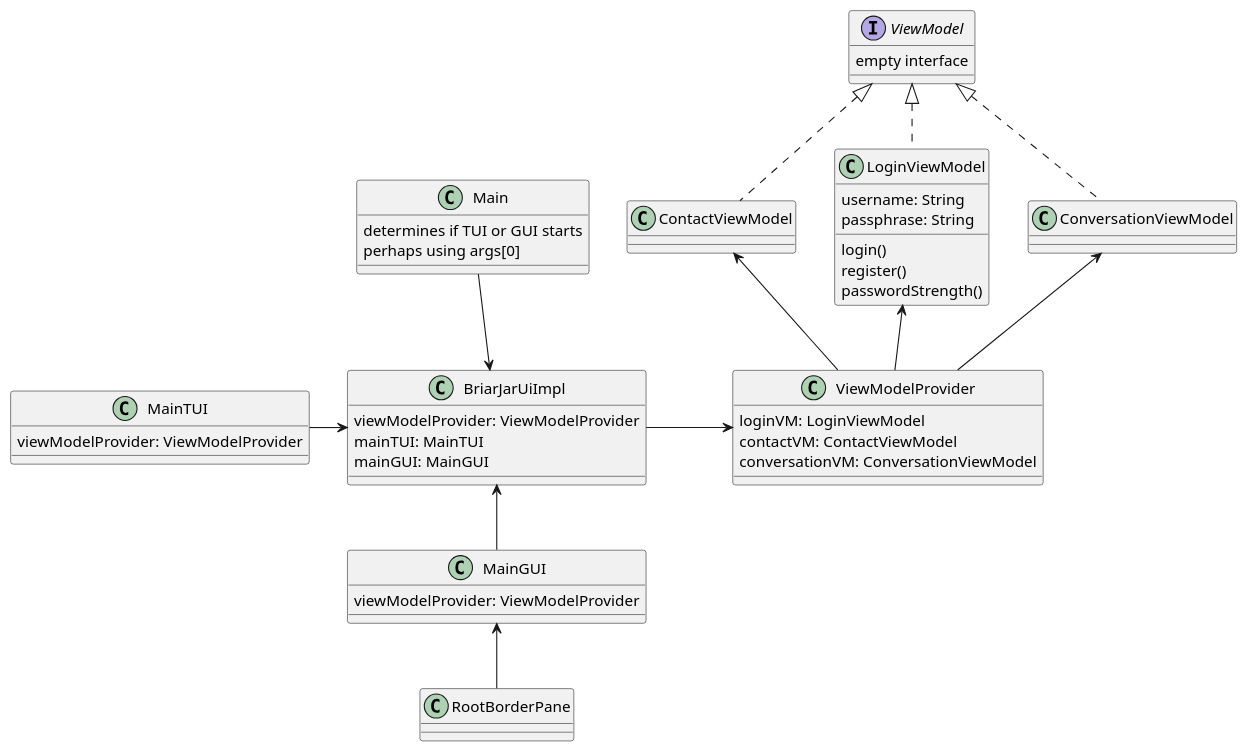
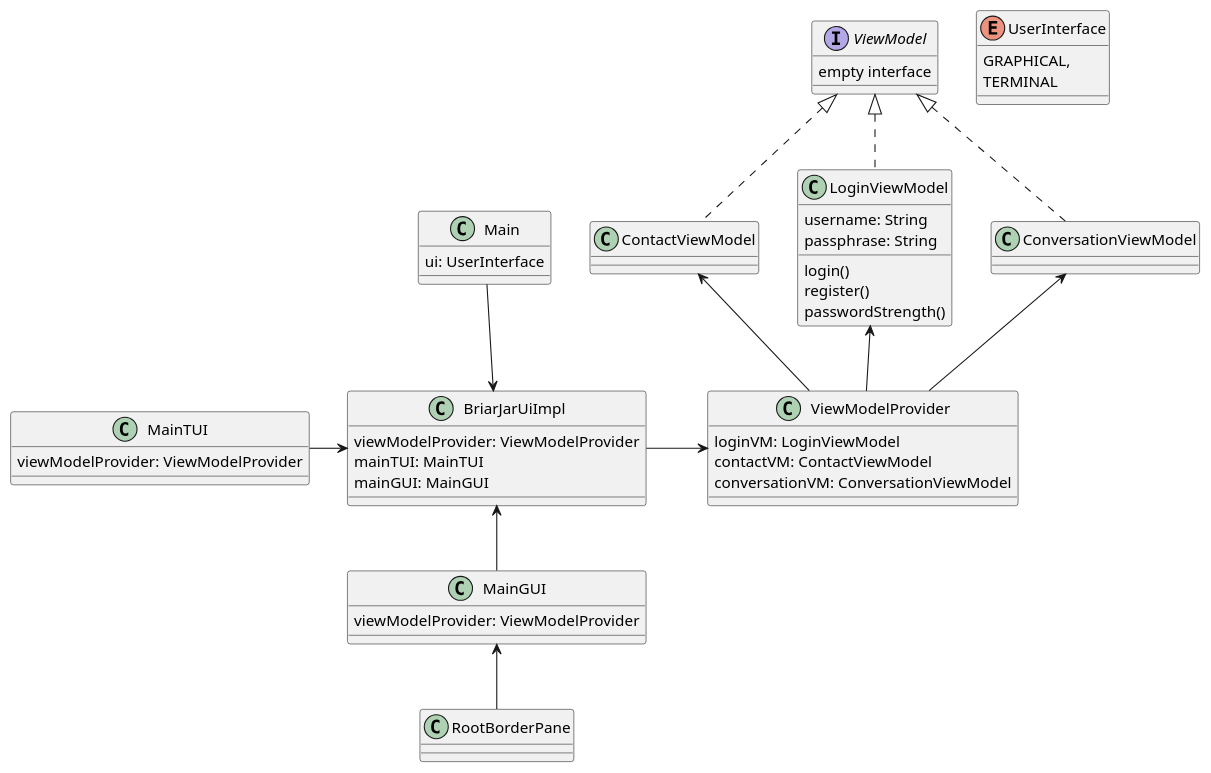
The diagram in src/plan.puml (lvyitian/briarjar), drawn with PlantUML before and after one commit. The commit also changed 10 other files, not shown here.

```diff
--- a/src/plan.puml
+++ b/src/plan.puml
@@ -1,63 +1,65 @@
 @startuml
 
 class ViewModelProvider {
     loginVM: LoginViewModel
     contactVM: ContactViewModel
     conversationVM: ConversationViewModel
 }
 
 class LoginViewModel implements ViewModel {
     username: String
     passphrase: String
     login()
     register()
     passwordStrength()
 }
 
 class ContactViewModel implements ViewModel {
 
 }
 class ConversationViewModel implements ViewModel {
 
 }
 
 
 interface ViewModel {
     empty interface
 }
 
 class Main {
-    determines if TUI or GUI starts
-    perhaps using args[0]
+    ui: UserInterface
 }
 
 class BriarJarUiImpl {
     viewModelProvider: ViewModelProvider
     mainTUI: MainTUI
     mainGUI: MainGUI
 }
 
 class MainTUI {
     viewModelProvider: ViewModelProvider
 }
 
 class MainGUI {
     viewModelProvider: ViewModelProvider
 }
 
 class RootBorderPane {
 
 }
 
-
+enum UserInterface {
+    GRAPHICAL,
+    TERMINAL
+}
 
 Main  -down-> BriarJarUiImpl
 BriarJarUiImpl -right-> ViewModelProvider
 MainGUI -up-> BriarJarUiImpl
 RootBorderPane -up-> MainGUI
 MainTUI -> BriarJarUiImpl
 
 ViewModelProvider -up-> LoginViewModel
 ViewModelProvider -up-> ContactViewModel
 ViewModelProvider -up-> ConversationViewModel
 @enduml
```
